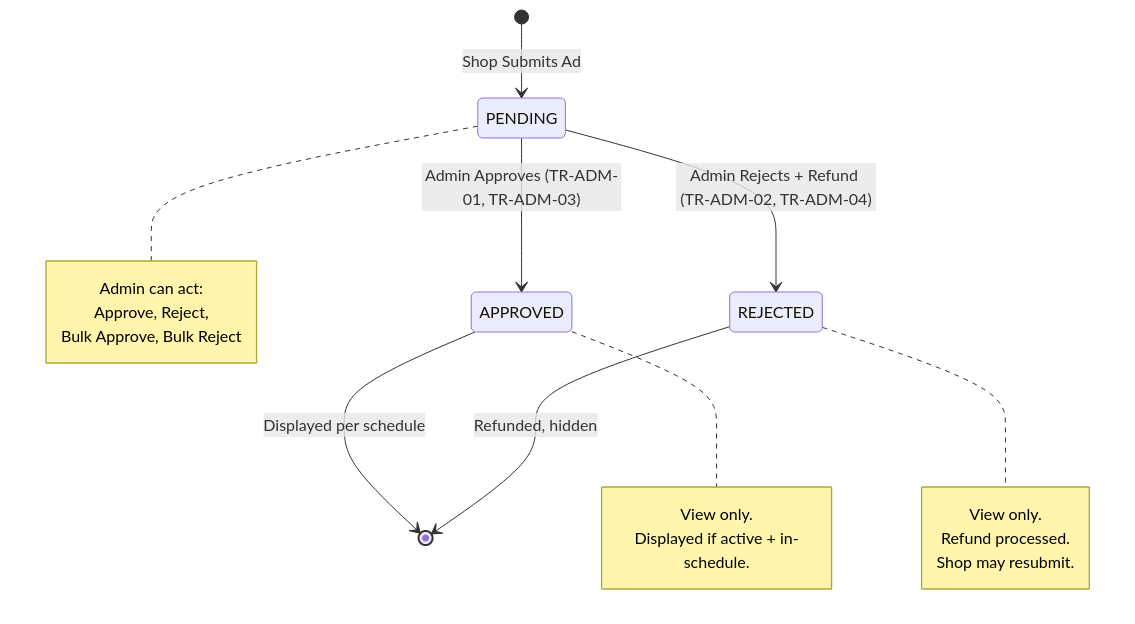
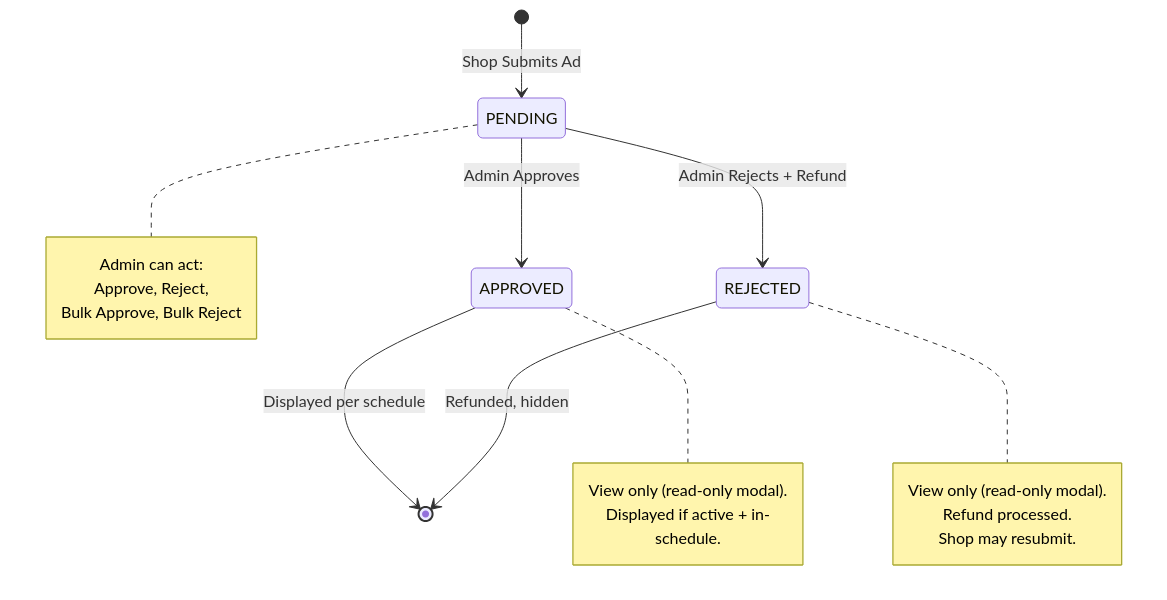
One commit to khaingthinthinwin-dev/skin-analysis changed the diagram in docs/screen/Ad_Management_Screen/Detailed Design/DD_Ad_Management_Screen_01_MODULE_OVERVIEW.md. Above: the diagram before and after it, drawn with Mermaid. The commit also changed other lines of this file and 9 other files, not shown here.

````diff
--- a/docs/screen/Ad_Management_Screen/Detailed Design/DD_Ad_Management_Screen_01_MODULE_OVERVIEW.md
+++ b/docs/screen/Ad_Management_Screen/Detailed Design/DD_Ad_Management_Screen_01_MODULE_OVERVIEW.md
@@ -58,27 +59,27 @@
 ```mermaid
 stateDiagram-v2
     [*] --> PENDING : Shop Submits Ad
 
-    PENDING --> APPROVED : Admin Approves (TR-ADM-01, TR-ADM-03)
-    PENDING --> REJECTED : Admin Rejects + Refund (TR-ADM-02, TR-ADM-04)
+    PENDING --> APPROVED : Admin Approves
+    PENDING --> REJECTED : Admin Rejects + Refund
 
     APPROVED --> [*] : Displayed per schedule
     REJECTED --> [*] : Refunded, hidden
 
     note right of PENDING
         Admin can act:
         Approve, Reject,
         Bulk Approve, Bulk Reject
     end note
 
     note right of APPROVED
-        View only.
+        View only (read-only modal).
         Displayed if active + in-schedule.
     end note
 
     note right of REJECTED
-        View only.
+        View only (read-only modal).
         Refund processed.
         Shop may resubmit.
     end note
 ```
````
